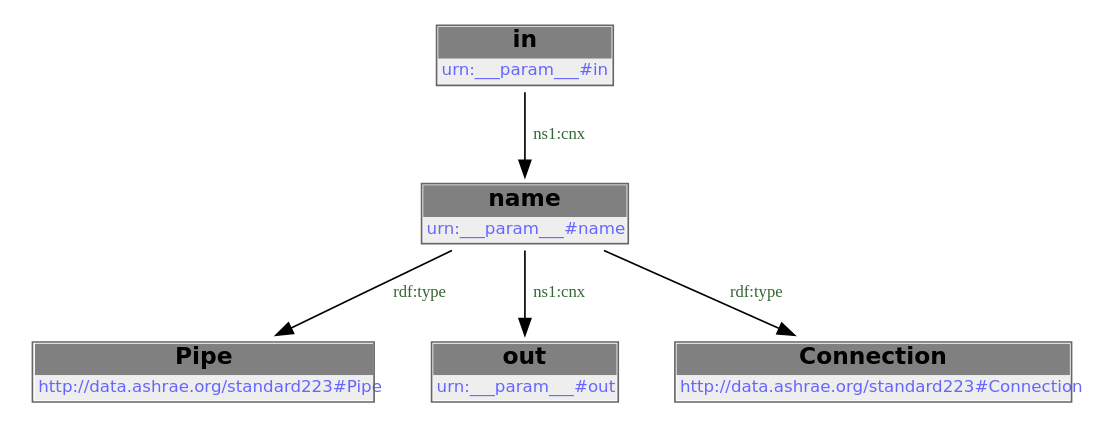
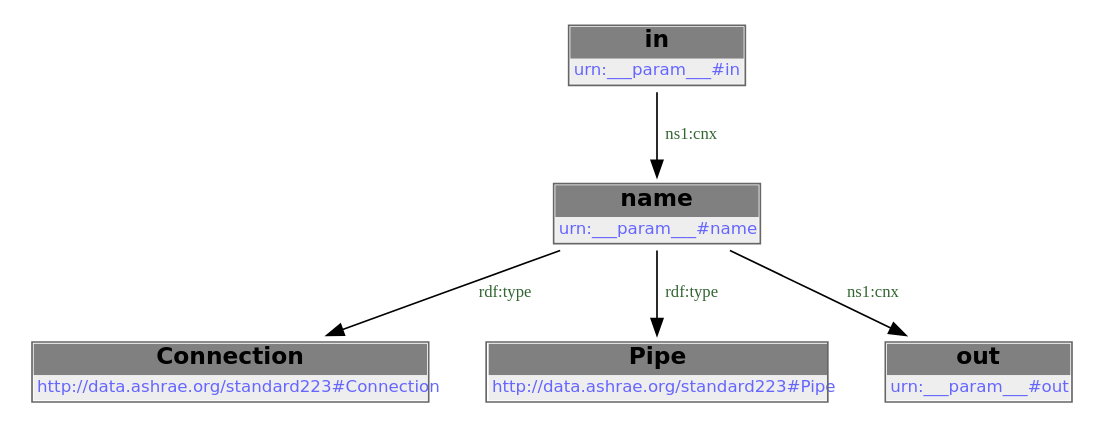
One commit to DataDrivenCPS/water-ontology changed the second of 2 diagrams in docs/libraries/templates/pipe.rst. Above: the diagram before and after it, drawn with Graphviz. The commit also changed other lines of this file and 33 other files, not shown here.

```diff
--- a/docs/libraries/templates/pipe.rst
+++ b/docs/libraries/templates/pipe.rst
@@ -80,14 +80,14 @@
         .. graphviz::
 
                 digraph G {
             node [fontname="DejaVu Sans"];
             node0 -> node1 [color=BLACK, label=< <font point-size='10' color='#336633'>rdf:type</font> >];
-            node2 -> node0 [color=BLACK, label=< <font point-size='10' color='#336633'>ns1:cnx</font> >];
-            node0 -> node3 [color=BLACK, label=< <font point-size='10' color='#336633'>ns1:cnx</font> >];
-            node0 -> node4 [color=BLACK, label=< <font point-size='10' color='#336633'>rdf:type</font> >];
+            node0 -> node2 [color=BLACK, label=< <font point-size='10' color='#336633'>rdf:type</font> >];
+            node3 -> node0 [color=BLACK, label=< <font point-size='10' color='#336633'>ns1:cnx</font> >];
+            node0 -> node4 [color=BLACK, label=< <font point-size='10' color='#336633'>ns1:cnx</font> >];
             node0 [shape=none, color=black, label=< <table color='#666666' cellborder='0' cellspacing='0' border='1'><tr><td colspan='2' bgcolor='grey'><B>name</B></td></tr><tr><td href='urn:___param___#name' bgcolor='#eeeeee' colspan='2'><font point-size='10' color='#6666ff'>urn:___param___#name</font></td></tr></table> >];
-            node1 [shape=none, color=black, label=< <table color='#666666' cellborder='0' cellspacing='0' border='1'><tr><td colspan='2' bgcolor='grey'><B>Pipe</B></td></tr><tr><td href='http://data.ashrae.org/standard223#Pipe' bgcolor='#eeeeee' colspan='2'><font point-size='10' color='#6666ff'>http://data.ashrae.org/standard223#Pipe</font></td></tr></table> >];
-            node2 [shape=none, color=black, label=< <table color='#666666' cellborder='0' cellspacing='0' border='1'><tr><td colspan='2' bgcolor='grey'><B>in</B></td></tr><tr><td href='urn:___param___#in' bgcolor='#eeeeee' colspan='2'><font point-size='10' color='#6666ff'>urn:___param___#in</font></td></tr></table> >];
-            node3 [shape=none, color=black, label=< <table color='#666666' cellborder='0' cellspacing='0' border='1'><tr><td colspan='2' bgcolor='grey'><B>out</B></td></tr><tr><td href='urn:___param___#out' bgcolor='#eeeeee' colspan='2'><font point-size='10' color='#6666ff'>urn:___param___#out</font></td></tr></table> >];
-            node4 [shape=none, color=black, label=< <table color='#666666' cellborder='0' cellspacing='0' border='1'><tr><td colspan='2' bgcolor='grey'><B>Connection</B></td></tr><tr><td href='http://data.ashrae.org/standard223#Connection' bgcolor='#eeeeee' colspan='2'><font point-size='10' color='#6666ff'>http://data.ashrae.org/standard223#Connection</font></td></tr></table> >];
+            node1 [shape=none, color=black, label=< <table color='#666666' cellborder='0' cellspacing='0' border='1'><tr><td colspan='2' bgcolor='grey'><B>Connection</B></td></tr><tr><td href='http://data.ashrae.org/standard223#Connection' bgcolor='#eeeeee' colspan='2'><font point-size='10' color='#6666ff'>http://data.ashrae.org/standard223#Connection</font></td></tr></table> >];
+            node2 [shape=none, color=black, label=< <table color='#666666' cellborder='0' cellspacing='0' border='1'><tr><td colspan='2' bgcolor='grey'><B>Pipe</B></td></tr><tr><td href='http://data.ashrae.org/standard223#Pipe' bgcolor='#eeeeee' colspan='2'><font point-size='10' color='#6666ff'>http://data.ashrae.org/standard223#Pipe</font></td></tr></table> >];
+            node3 [shape=none, color=black, label=< <table color='#666666' cellborder='0' cellspacing='0' border='1'><tr><td colspan='2' bgcolor='grey'><B>in</B></td></tr><tr><td href='urn:___param___#in' bgcolor='#eeeeee' colspan='2'><font point-size='10' color='#6666ff'>urn:___param___#in</font></td></tr></table> >];
+            node4 [shape=none, color=black, label=< <table color='#666666' cellborder='0' cellspacing='0' border='1'><tr><td colspan='2' bgcolor='grey'><B>out</B></td></tr><tr><td href='urn:___param___#out' bgcolor='#eeeeee' colspan='2'><font point-size='10' color='#6666ff'>urn:___param___#out</font></td></tr></table> >];
             }
```
